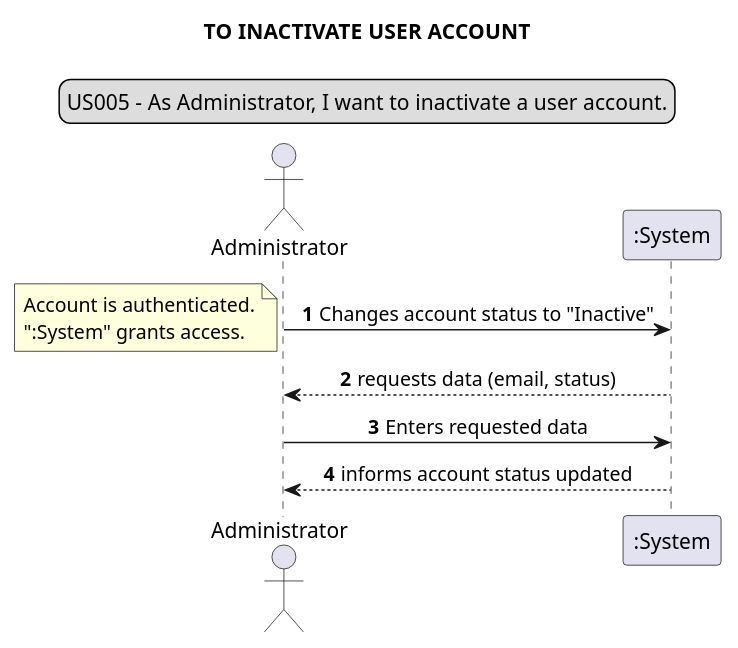
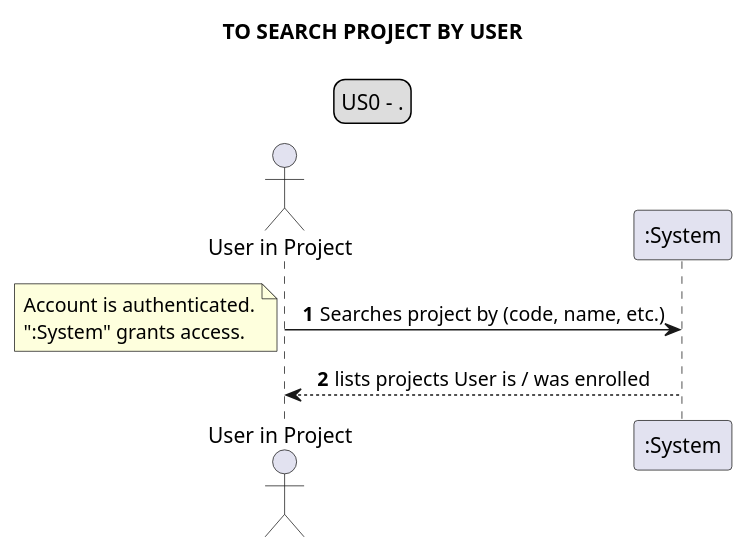
The fifth of 23 diagrams in docs/requirements_gathering/system_sequence_diagrams/systemSequenceDiagram.puml (Loracline/project_switch_22-23), drawn with PlantUML before and after one commit. The commit also changed other lines of this file and 23 other files, not shown here.

```diff
--- a/docs/requirements_gathering/system_sequence_diagrams/systemSequenceDiagram.puml
+++ b/docs/requirements_gathering/system_sequence_diagrams/systemSequenceDiagram.puml
@@ -74,17 +65,15 @@
 @startuml
 legend top
-US005 - As Administrator, I want to inactivate a user account.
+US0 - .
 end legend
 skinparam sequenceMessageAlign center
-title TO INACTIVATE USER ACCOUNT
-actor Administrator
+title TO SEARCH PROJECT BY USER
+actor "User in Project" as UIP
 autonumber
-Administrator -> ":System": Changes account status to "Inactive"
+UIP -> ":System": Searches project by (code, name, etc.)
 note left
 Account is authenticated.
 ":System" grants access.
 end note
-Administrator <-- ":System": requests data (email, status)
-Administrator -> ":System": Enters requested data
-":System" --> Administrator: informs account status updated
+UIP <-- ":System": lists projects User is / was enrolled
 @enduml
```
